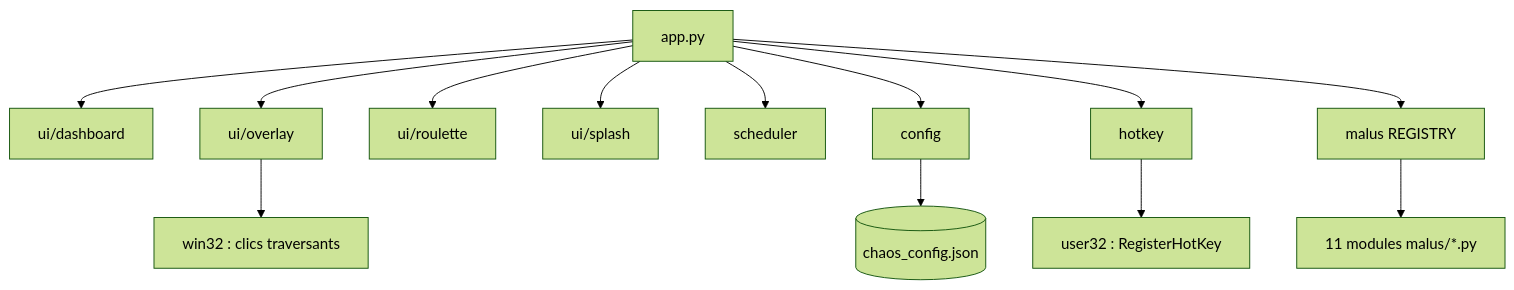
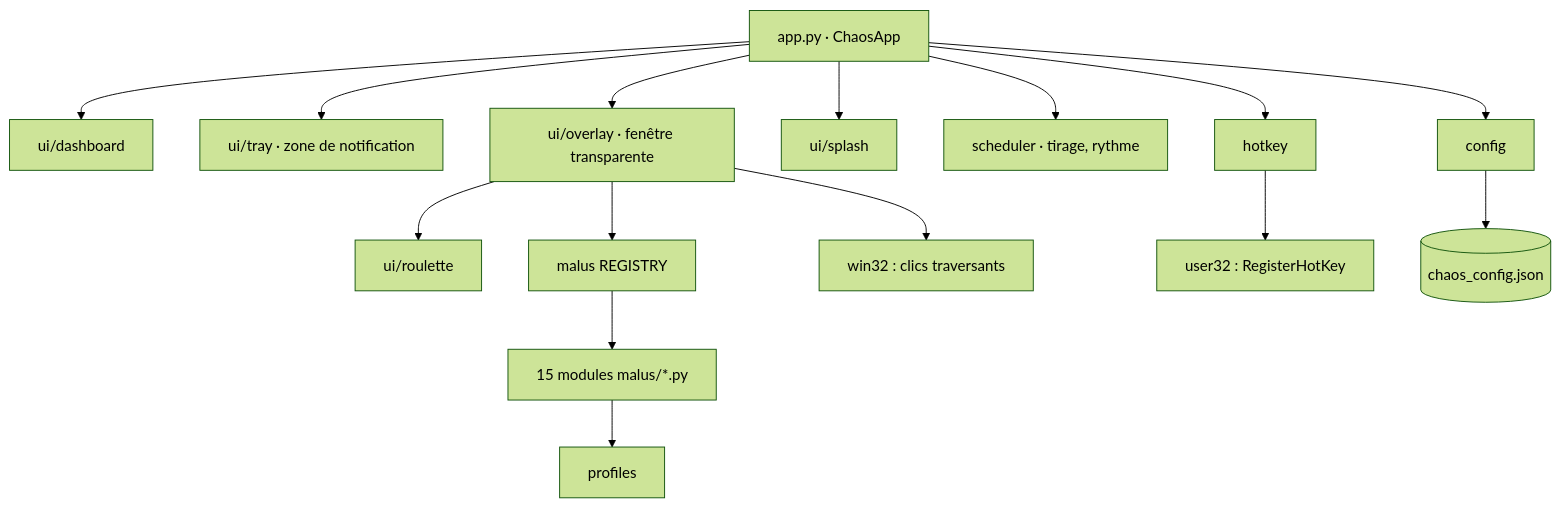
The diagram in README.md (MalikChopa/Valorant_Chaos_Overlay), drawn with Mermaid (forest theme) before and after one commit. The commit also changed other lines of this file and 57 other files, not shown here.

First line of the commit message:
v3 : Chaos Overlay, PySide6, tous les FPS, 4 nouveaux malus

````diff
--- a/README.md
+++ b/README.md
@@ -82,15 +115,17 @@
 ```mermaid
 flowchart TD
-    app[app.py] --> dashboard[ui/dashboard]
-    app --> overlay[ui/overlay]
-    app --> roulette[ui/roulette]
+    app[app.py · ChaosApp] --> dashboard[ui/dashboard]
+    app --> tray[ui/tray · zone de notification]
+    app --> overlay[ui/overlay · fenêtre transparente]
     app --> splash[ui/splash]
-    app --> scheduler[scheduler]
+    app --> scheduler[scheduler · tirage, rythme]
     app --> config[config]
     app --> hotkey[hotkey]
-    app --> registry[malus REGISTRY]
-    registry --> malus[11 modules malus/*.py]
+    overlay --> roulette[ui/roulette]
+    overlay --> registry[malus REGISTRY]
+    registry --> malus[15 modules malus/*.py]
+    malus --> profiles[profiles]
     overlay --> win32[win32 : clics traversants]
-    hotkey --> win32api[user32 : RegisterHotKey]
+    hotkey --> user32[user32 : RegisterHotKey]
     config --> json[(chaos_config.json)]
 ```
````
